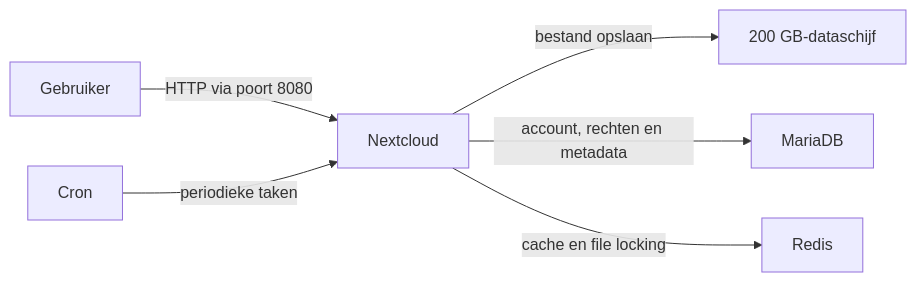
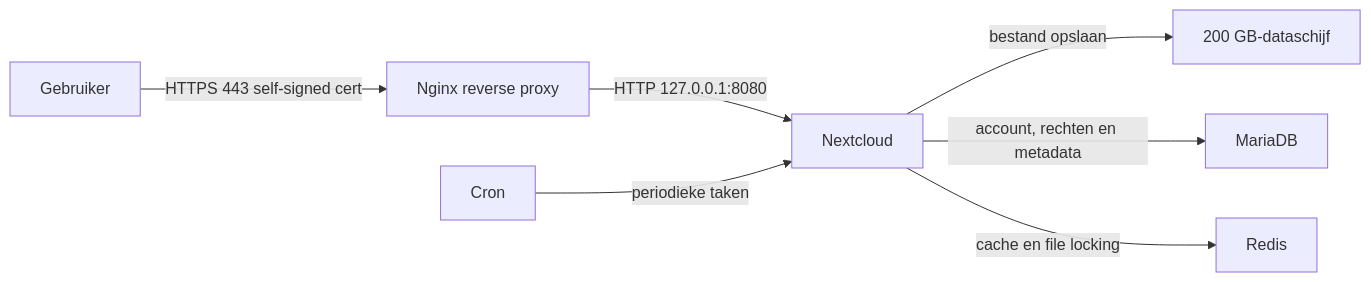
Before and after one commit to Maxime-00/StudentCloud: the first of 2 diagrams in docs/architecture.md, drawn with Mermaid. The commit also changed other lines of this file and 7 other files, not shown here.

````diff
--- a/docs/architecture.md
+++ b/docs/architecture.md
@@ -38,8 +40,9 @@
 ```mermaid
 flowchart LR
-    User[Gebruiker] -->|HTTP via poort 8080| Nextcloud[Nextcloud]
+    User[Gebruiker] -->|HTTPS 443 self-signed cert| Nginx[Nginx reverse proxy]
+    Nginx -->|HTTP 127.0.0.1:8080| Nextcloud[Nextcloud]
     Nextcloud -->|bestand opslaan| Files[200 GB-dataschijf]
     Nextcloud -->|account, rechten en metadata| Database[MariaDB]
     Nextcloud -->|cache en file locking| Redis[Redis]
     Cron[Cron] -->|periodieke taken| Nextcloud
 ```
````
